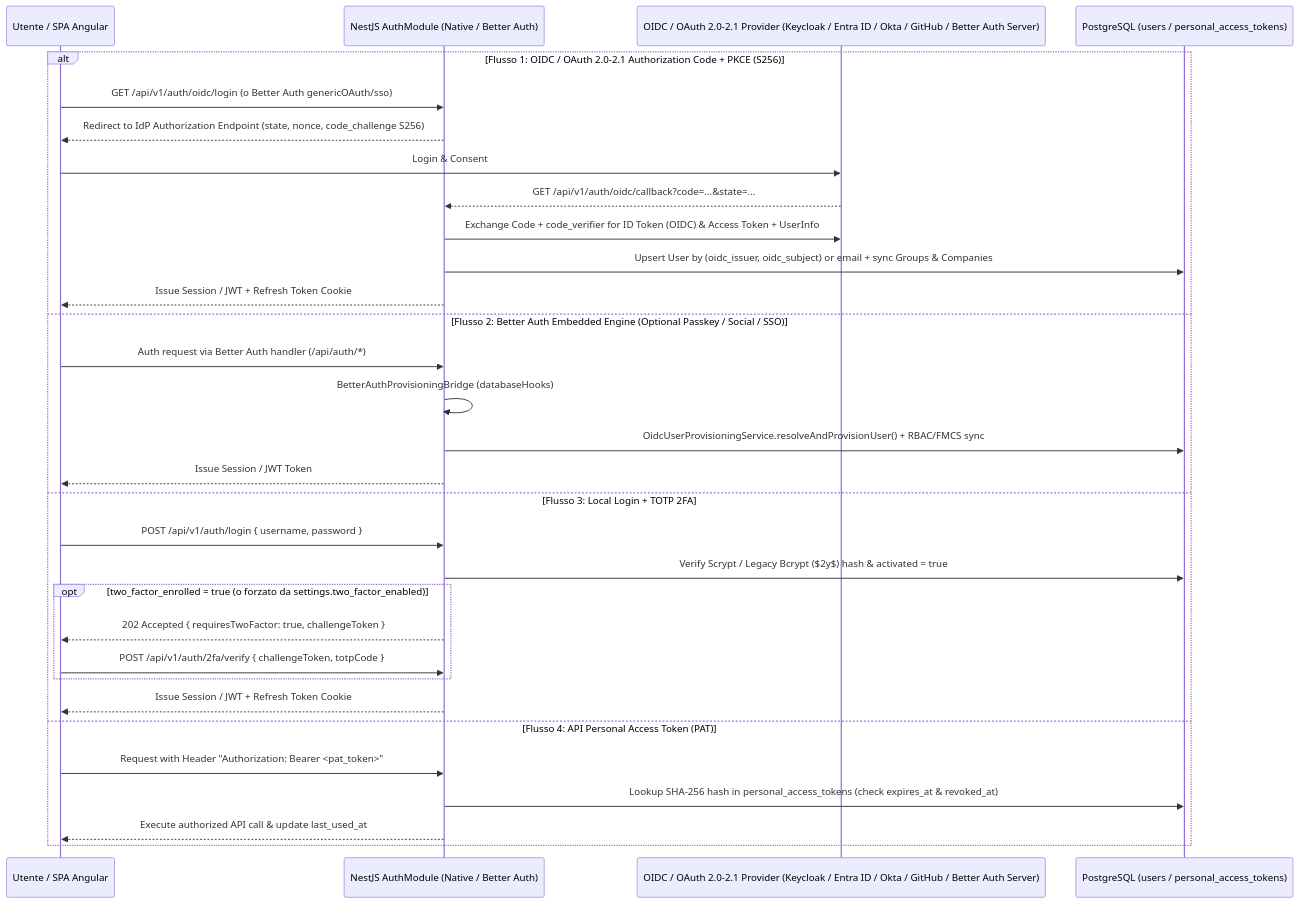
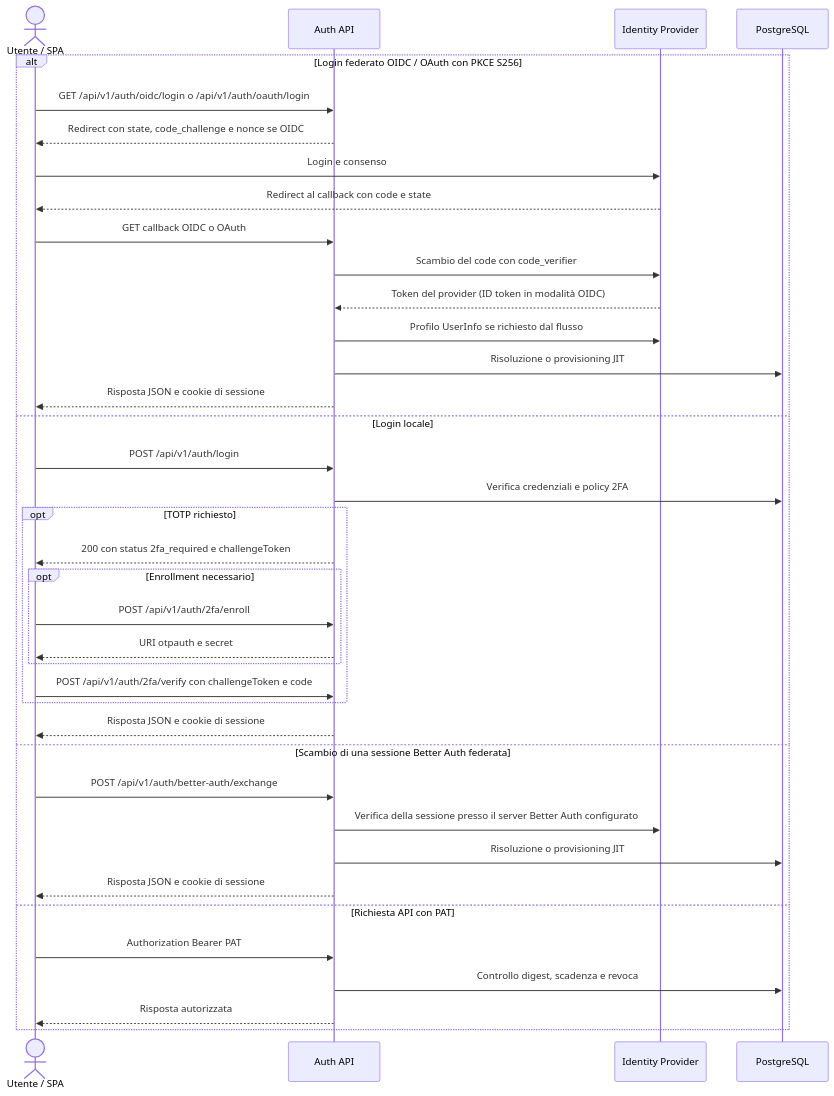
The diagram in docs/06-storage-auth-and-jobs.md (marco-jj/kestrel-it), drawn with Mermaid before and after one commit. The commit also changed other lines of this file and 12 other files, not shown here.

````diff
--- a/docs/06-storage-auth-and-jobs.md
+++ b/docs/06-storage-auth-and-jobs.md
@@ -14,34 +15,40 @@
 ```mermaid
 sequenceDiagram
-    participant User as Utente / SPA Angular
-    participant API as NestJS AuthModule (Native / Better Auth)
-    participant IdP as OIDC / OAuth 2.0-2.1 Provider (Keycloak / Entra ID / Okta / GitHub / Better Auth Server)
-    participant DB as PostgreSQL (users / personal_access_tokens)
-
-    alt Flusso 1: OIDC / OAuth 2.0-2.1 Authorization Code + PKCE (S256)
-        User->>API: GET /api/v1/auth/oidc/login (o Better Auth genericOAuth/sso)
-        API-->>User: Redirect to IdP Authorization Endpoint (state, nonce, code_challenge S256)
-        User->>IdP: Login & Consent
-        IdP-->>API: GET /api/v1/auth/oidc/callback?code=...&state=...
-        API->>IdP: Exchange Code + code_verifier for ID Token (OIDC) & Access Token + UserInfo
-        API->>DB: Upsert User by (oidc_issuer, oidc_subject) or email + sync Groups & Companies
-        API-->>User: Issue Session / JWT + Refresh Token Cookie
-    else Flusso 2: Better Auth Embedded Engine (Optional Passkey / Social / SSO)
-        User->>API: Auth request via Better Auth handler (/api/auth/*)
-        API->>API: BetterAuthProvisioningBridge (databaseHooks)
-        API->>DB: OidcUserProvisioningService.resolveAndProvisionUser() + RBAC/FMCS sync
-        API-->>User: Issue Session / JWT Token
-    else Flusso 3: Local Login + TOTP 2FA
-        User->>API: POST /api/v1/auth/login { username, password }
-        API->>DB: Verify Scrypt / Legacy Bcrypt ($2y$) hash & activated = true
-        opt two_factor_enrolled = true (o forzato da settings.two_factor_enabled)
-            API-->>User: 202 Accepted { requiresTwoFactor: true, challengeToken }
-            User->>API: POST /api/v1/auth/2fa/verify { challengeToken, totpCode }
+    actor User as Utente / SPA
+    participant API as Auth API
+    participant IdP as Identity Provider
+    participant DB as PostgreSQL
+    alt Login federato OIDC / OAuth con PKCE S256
+        User->>API: GET /api/v1/auth/oidc/login o /api/v1/auth/oauth/login
+        API-->>User: Redirect con state, code_challenge e nonce se OIDC
+        User->>IdP: Login e consenso
+        IdP-->>User: Redirect al callback con code e state
+        User->>API: GET callback OIDC o OAuth
+        API->>IdP: Scambio del code con code_verifier
+        IdP-->>API: Token del provider (ID token in modalità OIDC)
+        API->>IdP: Profilo UserInfo se richiesto dal flusso
+        API->>DB: Risoluzione o provisioning JIT
+        API-->>User: Risposta JSON e cookie di sessione
+    else Login locale
+        User->>API: POST /api/v1/auth/login
+        API->>DB: Verifica credenziali e policy 2FA
+        opt TOTP richiesto
+            API-->>User: 200 con status 2fa_required e challengeToken
+            opt Enrollment necessario
+                User->>API: POST /api/v1/auth/2fa/enroll
+                API-->>User: URI otpauth e secret
+            end
+            User->>API: POST /api/v1/auth/2fa/verify con challengeToken e code
         end
-        API-->>User: Issue Session / JWT + Refresh Token Cookie
-    else Flusso 4: API Personal Access Token (PAT)
-        User->>API: Request with Header "Authorization: Bearer <pat_token>"
-        API->>DB: Lookup SHA-256 hash in personal_access_tokens (check expires_at & revoked_at)
-        API-->>User: Execute authorized API call & update last_used_at
+        API-->>User: Risposta JSON e cookie di sessione
+    else Scambio di una sessione Better Auth federata
+        User->>API: POST /api/v1/auth/better-auth/exchange
+        API->>IdP: Verifica della sessione presso il server Better Auth configurato
+        API->>DB: Risoluzione o provisioning JIT
+        API-->>User: Risposta JSON e cookie di sessione
+    else Richiesta API con PAT
+        User->>API: Authorization Bearer PAT
+        API->>DB: Controllo digest, scadenza e revoca
+        API-->>User: Risposta autorizzata
     end
 ```
````
